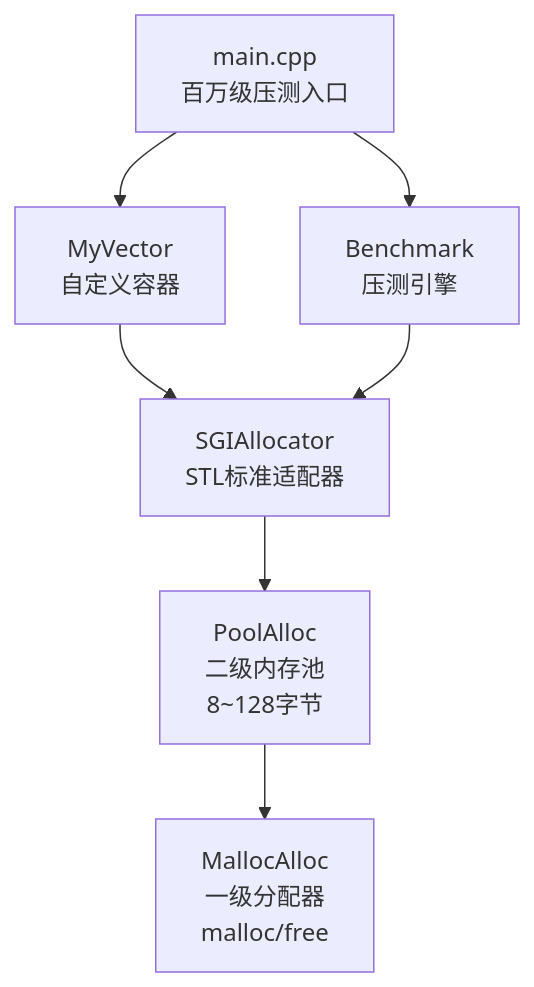
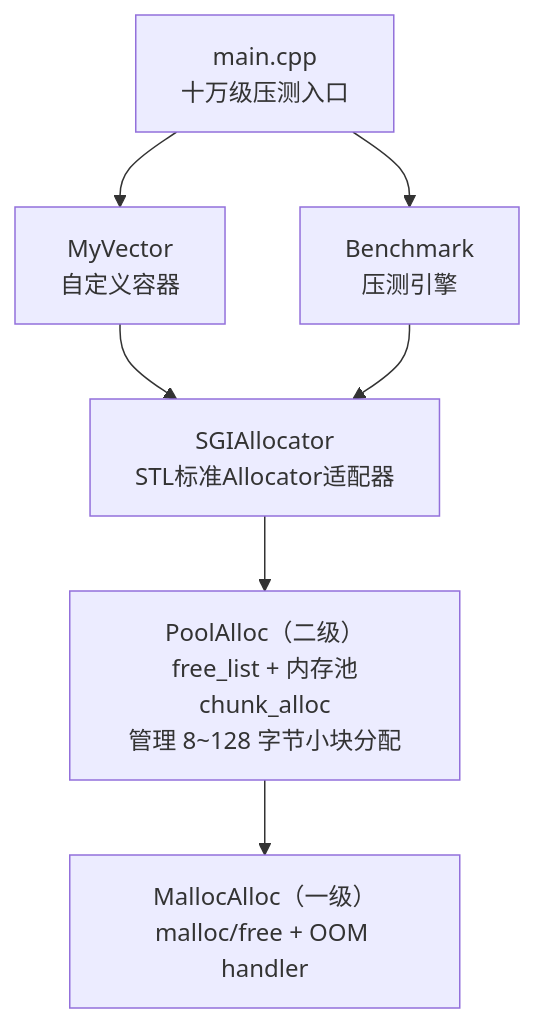
One commit to lm322lm/SGI-STL-memory-pool changed the diagram in Architecture.md. Above: the diagram before and after it, drawn with Mermaid.

````diff
--- a/Architecture.md
+++ b/Architecture.md
@@ -9,11 +9,11 @@
 ```mermaid
 graph TD
-    A[main.cpp<br/>百万级压测入口] --> B[MyVector<br/>自定义容器]
+    A[main.cpp<br/>十万级压测入口] --> B[MyVector<br/>自定义容器]
     A --> C[Benchmark<br/>压测引擎]
     
-    B --> D[SGIAllocator<br/>STL标准适配器]
+    B --> D[SGIAllocator<br/>STL标准Allocator适配器]
     C --> D
     
-    D --> E[PoolAlloc<br/>二级内存池<br/>8~128字节]
-    E --> F[MallocAlloc<br/>一级分配器<br/>malloc/free]
+    D --> E[PoolAlloc（二级）<br/>free_list + 内存池chunk_alloc<br/>管理 8~128 字节小块分配]
+    E --> F[MallocAlloc（一级）<br/>malloc/free + OOM handler]
 ```
````
